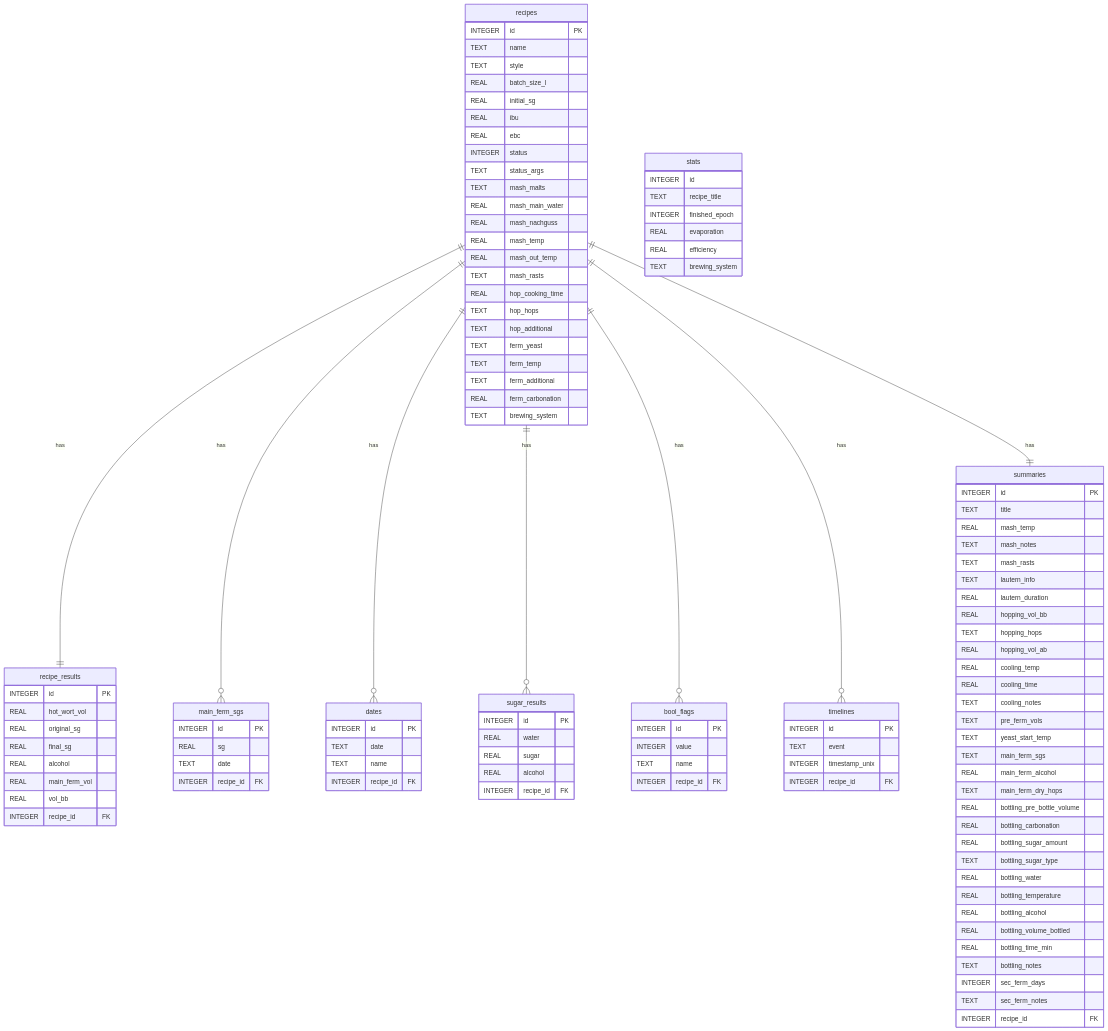
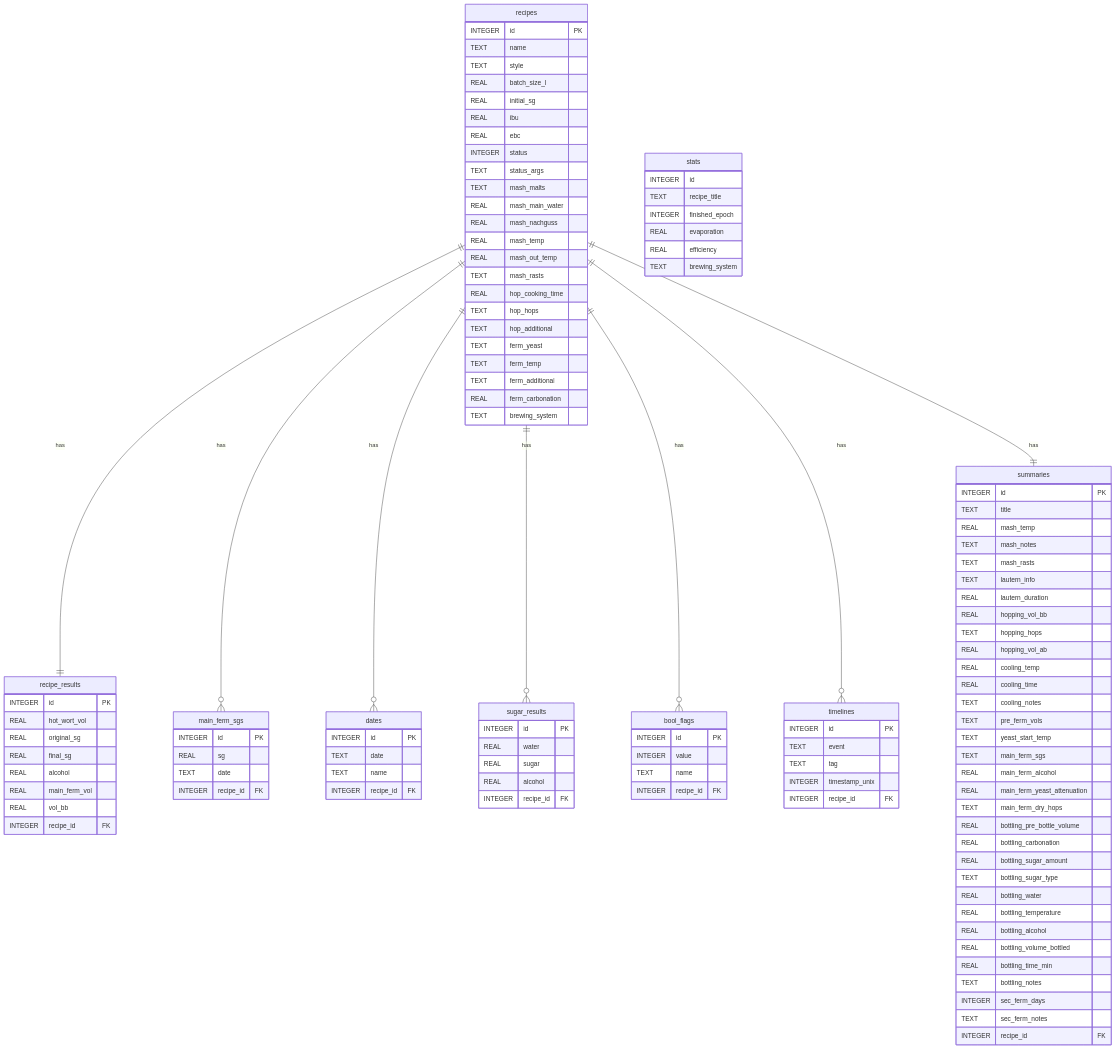
Before and after one commit to juan-castrillon/brewday: the seventh of 8 diagrams in docs/TECHNICAL_OVERVIEW.md, drawn with Mermaid. The commit also changed 13 other files, not shown here.

Commit message:
Add tag to timeline events

```diff
--- a/docs/TECHNICAL_OVERVIEW.md
+++ b/docs/TECHNICAL_OVERVIEW.md
@@ -547,6 +547,7 @@
     timelines {
         INTEGER id PK
         TEXT event
+        TEXT tag
         INTEGER timestamp_unix
         INTEGER recipe_id FK
     }
@@ -569,6 +570,7 @@
         TEXT yeast_start_temp
         TEXT main_ferm_sgs
         REAL main_ferm_alcohol
+        REAL main_ferm_yeast_attenuation
         TEXT main_ferm_dry_hops
         REAL bottling_pre_bottle_volume
         REAL bottling_carbonation
```
